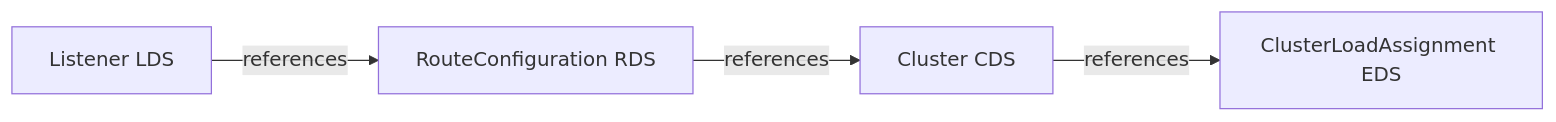
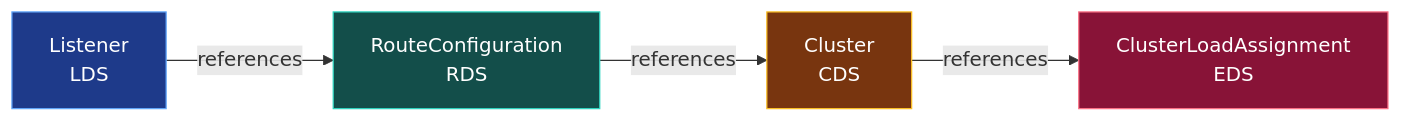
The third of 3 diagrams in docs/02-xds-overview/README.md (0-draft/envoy-xds-deep-dive), drawn with Mermaid before and after one commit. The commit also changed other lines of this file and 27 other files, not shown here.

First line of the commit message:
docs: semantic color, distinct shapes, and a11y metadata for all mermaid diagrams

````diff
--- a/docs/02-xds-overview/README.md
+++ b/docs/02-xds-overview/README.md
@@ -118,6 +122,16 @@
 ```mermaid
 flowchart LR
-    L[Listener LDS] -- references --> R[RouteConfiguration RDS]
-    R -- references --> C[Cluster CDS]
-    C -- references --> E[ClusterLoadAssignment EDS]
+    accTitle: The xDS resource dependency chain
+    accDescr: A Listener references a RouteConfiguration, which references a Cluster, which references a ClusterLoadAssignment.
+    L[Listener<br/>LDS] -- references --> R[RouteConfiguration<br/>RDS]
+    R -- references --> C[Cluster<br/>CDS]
+    C -- references --> E[ClusterLoadAssignment<br/>EDS]
+    class L lds
+    class R rds
+    class C cds
+    class E eds
+    classDef lds fill:#1e3a8a,stroke:#60a5fa,color:#fff
+    classDef rds fill:#134e4a,stroke:#2dd4bf,color:#fff
+    classDef cds fill:#78350f,stroke:#fbbf24,color:#fff
+    classDef eds fill:#881337,stroke:#fb7185,color:#fff
 ```
````
